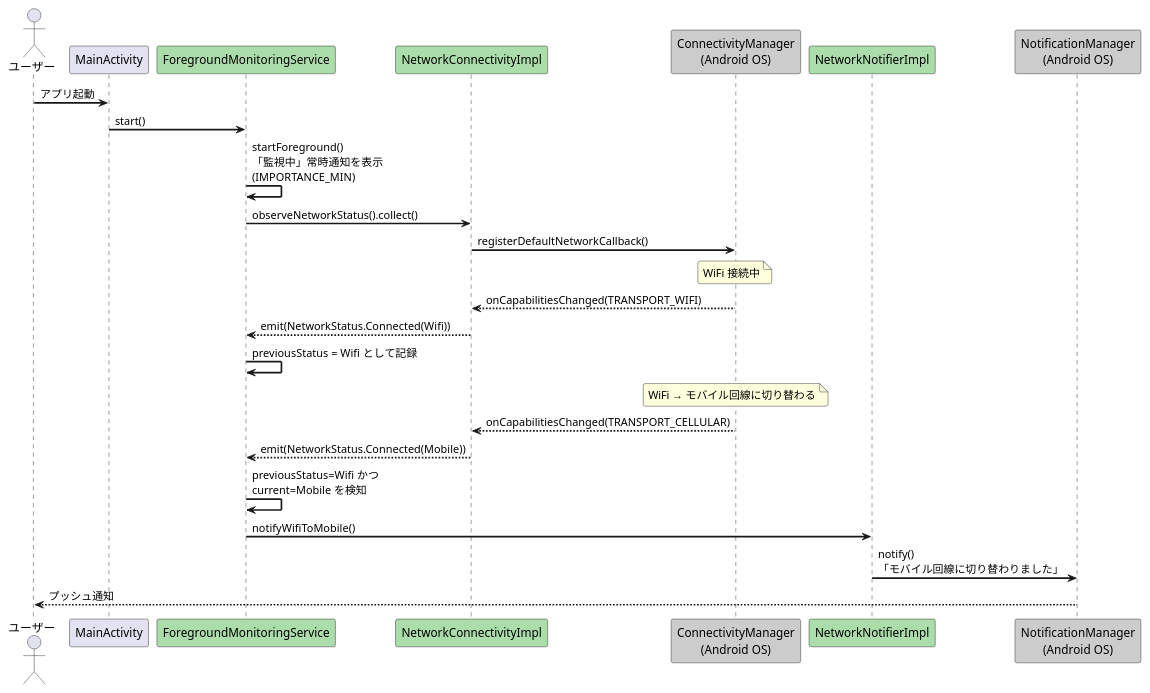
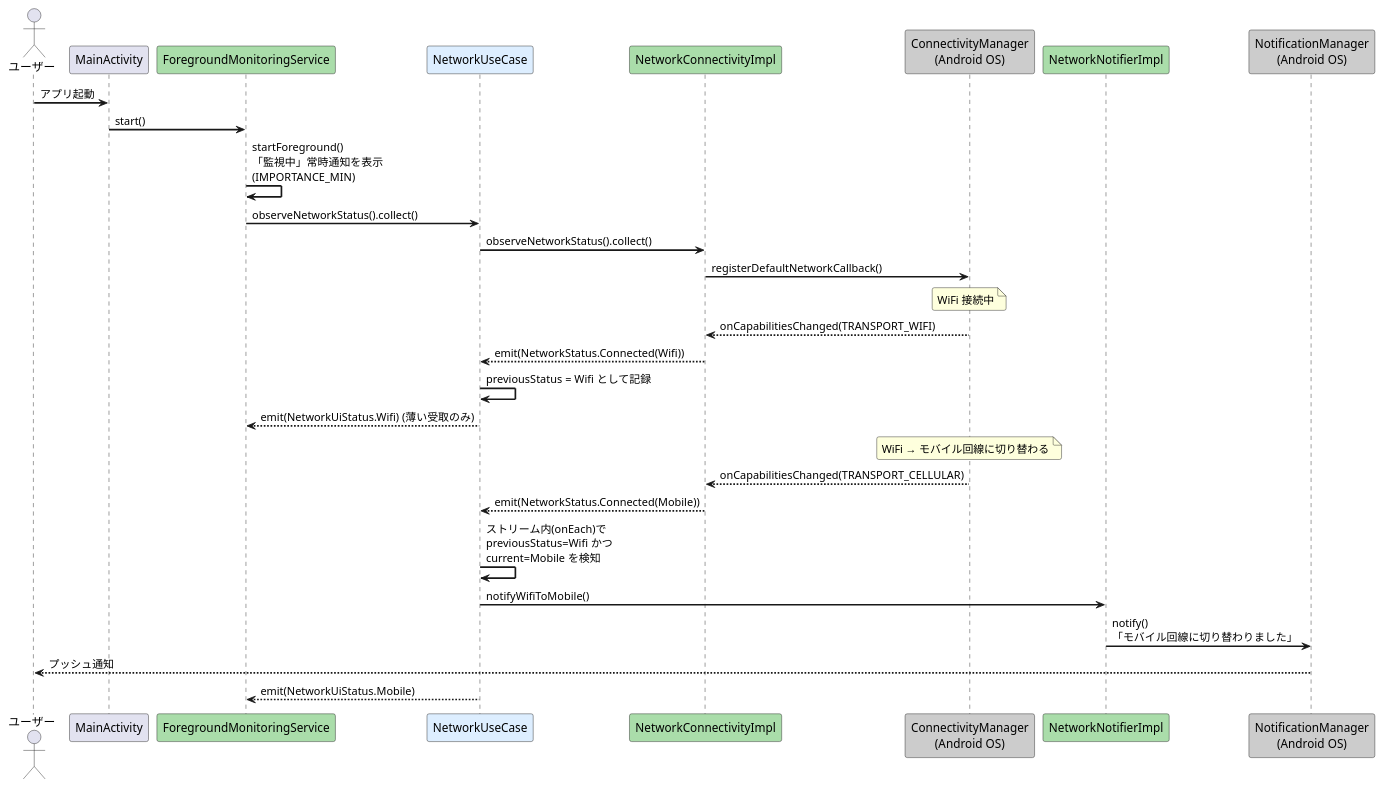
The first of 3 diagrams in docs/notification-sequence.md (kyo1941/wifi-observer), drawn with PlantUML before and after one commit. The commit also changed other lines of this file and 2 other files, not shown here.

Commit message:
docs: Update monitoring design and add KMP migration guide with reactive Flow design

````diff
--- a/docs/notification-sequence.md
+++ b/docs/notification-sequence.md
@@ -5,36 +5,40 @@
 ```plantuml
 @startuml
 skinparam sequenceArrowThickness 2
 skinparam roundcorner 5
 
 actor ユーザー
 participant "MainActivity" as Activity
 participant "ForegroundMonitoringService" as Service #AADDAA
+participant "NetworkUseCase" as UseCase #DDEEFF
 participant "NetworkConnectivityImpl" as Connectivity #AADDAA
 participant "ConnectivityManager\n(Android OS)" as OS #CCCCCC
 participant "NetworkNotifierImpl" as Notifier #AADDAA
 participant "NotificationManager\n(Android OS)" as NotifOS #CCCCCC
 
 ユーザー -> Activity: アプリ起動
 Activity -> Service: start()
 Service -> Service: startForeground()\n「監視中」常時通知を表示\n(IMPORTANCE_MIN)
-Service -> Connectivity: observeNetworkStatus().collect()
+Service -> UseCase: observeNetworkStatus().collect()
+UseCase -> Connectivity: observeNetworkStatus().collect()
 Connectivity -> OS: registerDefaultNetworkCallback()
 
 note over OS: WiFi 接続中
 
 OS --> Connectivity: onCapabilitiesChanged(TRANSPORT_WIFI)
-Connectivity --> Service: emit(NetworkStatus.Connected(Wifi))
-Service -> Service: previousStatus = Wifi として記録
+Connectivity --> UseCase: emit(NetworkStatus.Connected(Wifi))
+UseCase -> UseCase: previousStatus = Wifi として記録
+UseCase --> Service: emit(NetworkUiStatus.Wifi) (薄い受取のみ)
 
 note over OS: WiFi → モバイル回線に切り替わる
 
 OS --> Connectivity: onCapabilitiesChanged(TRANSPORT_CELLULAR)
-Connectivity --> Service: emit(NetworkStatus.Connected(Mobile))
+Connectivity --> UseCase: emit(NetworkStatus.Connected(Mobile))
 
-Service -> Service: previousStatus=Wifi かつ\ncurrent=Mobile を検知
-Service -> Notifier: notifyWifiToMobile()
+UseCase -> UseCase: ストリーム内(onEach)で\npreviousStatus=Wifi かつ\ncurrent=Mobile を検知
+UseCase -> Notifier: notifyWifiToMobile()
 Notifier -> NotifOS: notify()\n「モバイル回線に切り替わりました」
 NotifOS --> ユーザー: プッシュ通知
+UseCase --> Service: emit(NetworkUiStatus.Mobile)
 @enduml
 ```
````
